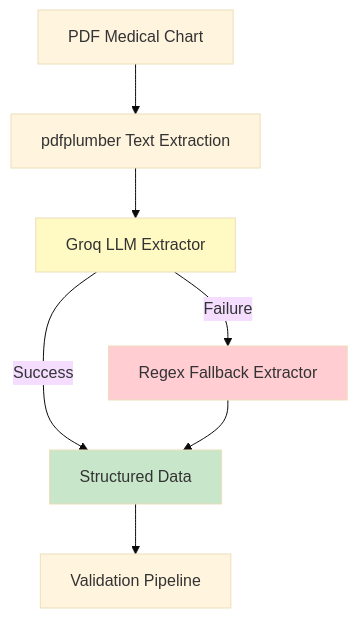
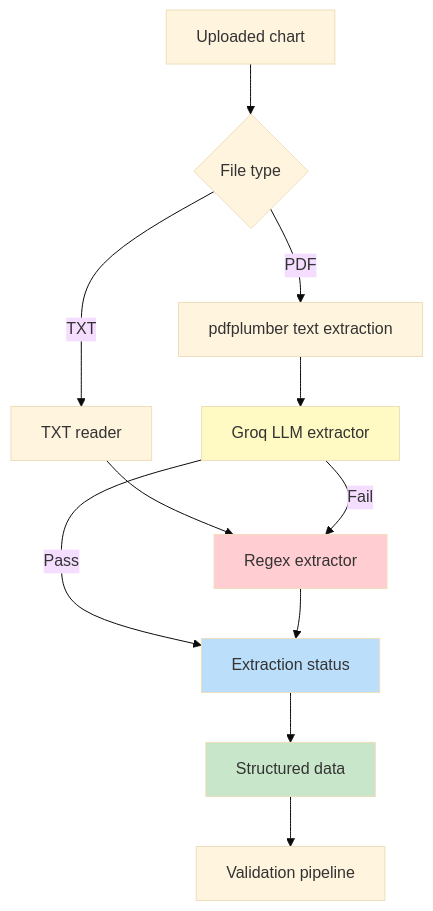
The first of 2 diagrams in MedicalChartAgentFlow/GROQ_PDF_EXTRACTION_PLAN.md (chandit7/MedicalChartValidation_Demo), drawn with Mermaid (base theme) before and after one commit. The commit also changed other lines of this file and 41 other files, not shown here.

````diff
--- a/MedicalChartAgentFlow/GROQ_PDF_EXTRACTION_PLAN.md
+++ b/MedicalChartAgentFlow/GROQ_PDF_EXTRACTION_PLAN.md
@@ -45,20 +56,28 @@
 ```mermaid
 graph TB
-    PDF[PDF Medical Chart]
-    PDFPLUMBER[pdfplumber Text Extraction]
-    GROQ[Groq LLM Extractor]
-    REGEX[Regex Fallback Extractor]
-    STRUCTURED[Structured Data]
-    VALIDATION[Validation Pipeline]
-    
-    PDF --> PDFPLUMBER
-    PDFPLUMBER --> GROQ
-    GROQ -->|Success| STRUCTURED
-    GROQ -->|Failure| REGEX
-    REGEX --> STRUCTURED
+    INPUT[Uploaded chart]
+    TYPE{File type}
+    TXT[TXT reader]
+    PDFTEXT[pdfplumber text extraction]
+    GROQ[Groq LLM extractor]
+    REGEX[Regex extractor]
+    STATUS[Extraction status]
+    STRUCTURED[Structured data]
+    VALIDATION[Validation pipeline]
+
+    INPUT --> TYPE
+    TYPE -->|TXT| TXT
+    TYPE -->|PDF| PDFTEXT
+    TXT --> REGEX
+    PDFTEXT --> GROQ
+    GROQ -->|Pass| STATUS
+    GROQ -->|Fail| REGEX
+    REGEX --> STATUS
+    STATUS --> STRUCTURED
     STRUCTURED --> VALIDATION
-    
+
     style GROQ fill:#fff9c4
     style REGEX fill:#ffcdd2
+    style STATUS fill:#bbdefb
     style STRUCTURED fill:#c8e6c9
 ```
````
